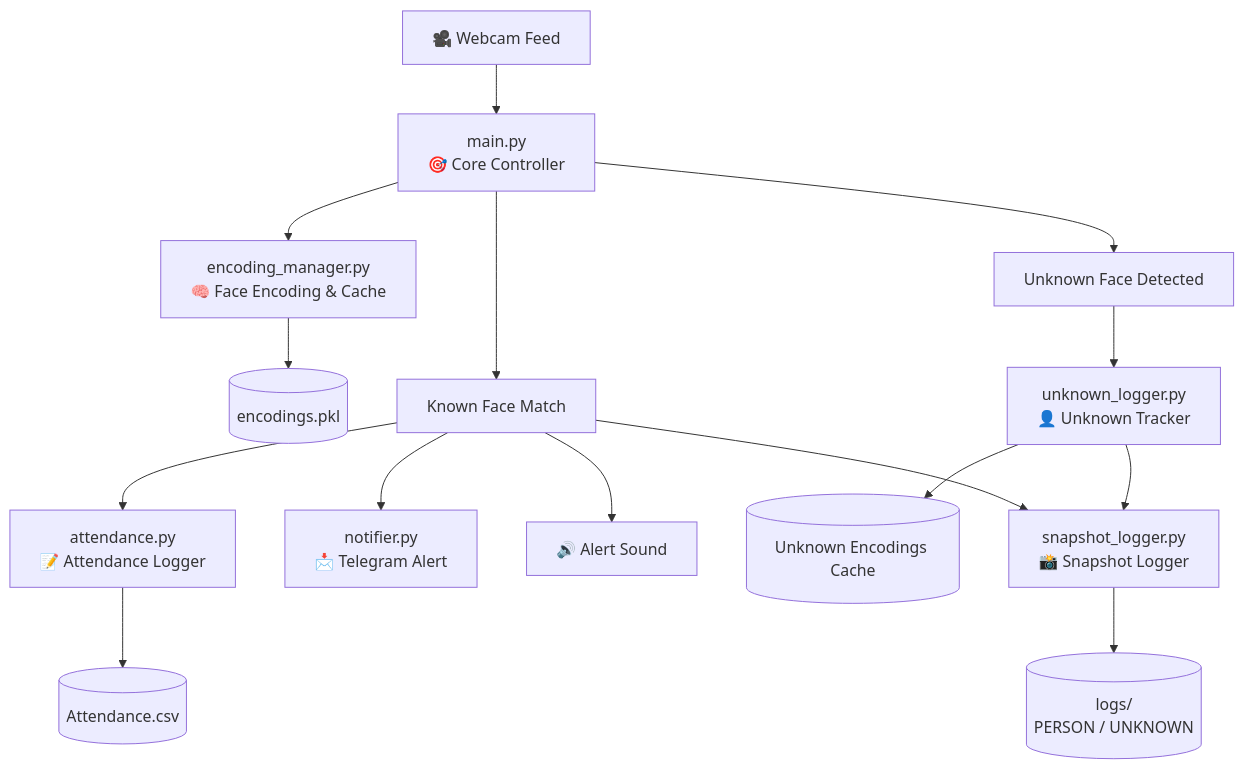
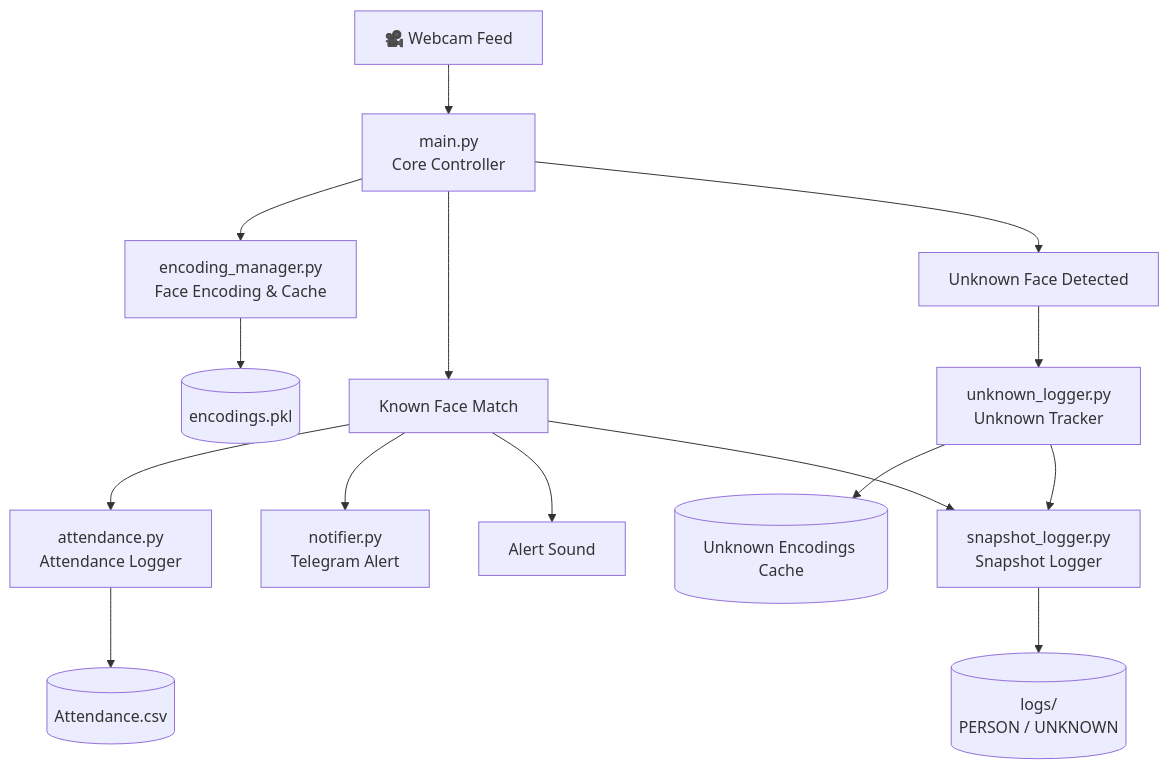
Before and after one commit to jasvant0020/Project-Argus_2.0: the diagram in README.md, drawn with Mermaid. The commit also changed other lines of this file, not shown here.

````diff
--- a/README.md
+++ b/README.md
@@ -102,58 +102,58 @@
 ```mermaid
 
 
 flowchart TD
 
 %% ================= INPUT =================
 CAM[🎥 Webcam Feed]
 
 %% ================= MAIN =================
-MAIN[main.py<br/>🎯 Core Controller]
+MAIN[main.py<br/> Core Controller]
 
 %% ================= ENCODING =================
-ENC_MGR[encoding_manager.py<br/>🧠 Face Encoding & Cache]
+ENC_MGR[encoding_manager.py<br/> Face Encoding & Cache]
 ENC_STORE[(encodings.pkl)]
 
 %% ================= KNOWN =================
 KNOWN[Known Face Match]
-ATT[attendance.py<br/>📝 Attendance Logger]
+ATT[attendance.py<br/> Attendance Logger]
 CSV[(Attendance.csv)]
 
 %% ================= UNKNOWN =================
 UNKNOWN[Unknown Face Detected]
-UNK_LOG[unknown_logger.py<br/>👤 Unknown Tracker]
+UNK_LOG[unknown_logger.py<br/> Unknown Tracker]
 UNK_STORE[(Unknown Encodings Cache)]
 
 %% ================= ALERTS =================
-NOTIF[notifier.py<br/>📩 Telegram Alert]
-SOUND[🔊 Alert Sound]
+NOTIF[notifier.py<br/> Telegram Alert]
+SOUND[ Alert Sound]
 
 %% ================= SNAPSHOTS =================
-SNAP[snapshot_logger.py<br/>📸 Snapshot Logger]
+SNAP[snapshot_logger.py<br/> Snapshot Logger]
 LOGS[(logs/<br/>PERSON / UNKNOWN)]
 
 %% ================= FLOW =================
 CAM --> MAIN
 
 MAIN --> ENC_MGR
 ENC_MGR --> ENC_STORE
 
 MAIN --> KNOWN
 MAIN --> UNKNOWN
 
 %% Known flow
 KNOWN --> ATT
 ATT --> CSV
 KNOWN --> NOTIF
 KNOWN --> SOUND
 KNOWN --> SNAP
 
 %% Unknown flow
 UNKNOWN --> UNK_LOG
 UNK_LOG --> UNK_STORE
 UNK_LOG --> SNAP
 
 SNAP --> LOGS
 
     
 ```
````
